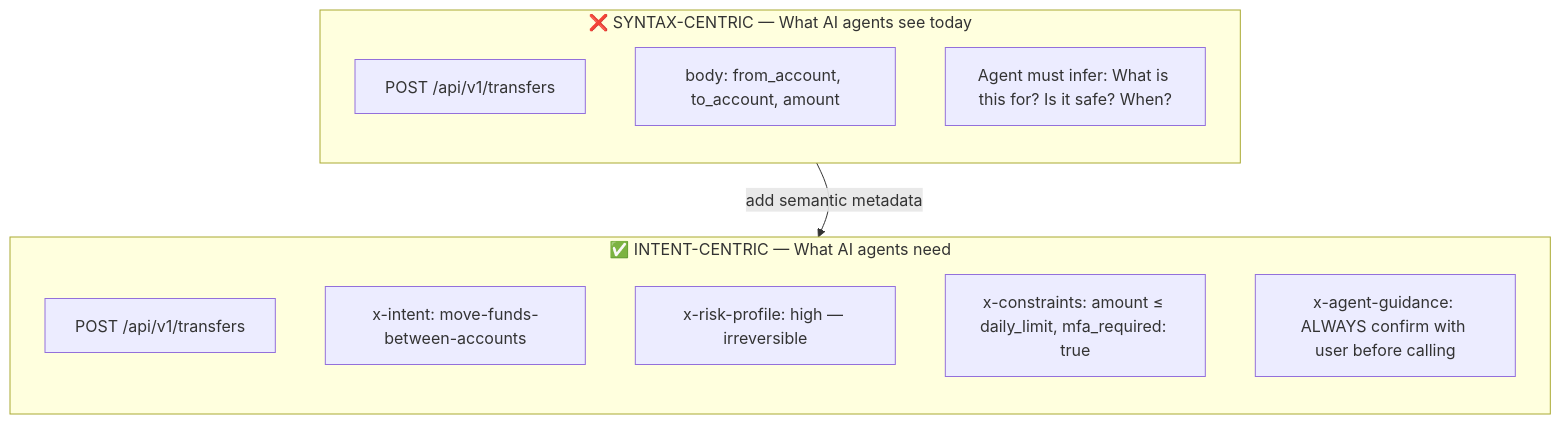
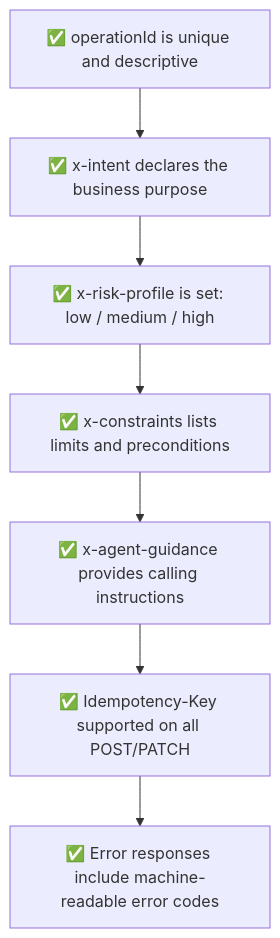
Before and after one commit to romangurevitch/GoTraining: the diagram in internal/fundamentals/the-agentic-future/01-designing-apis-for-ai-consumption.md, drawn with Mermaid. The commit also changed other lines of this file and 3 other files, not shown here.

````diff
--- a/internal/fundamentals/the-agentic-future/01-designing-apis-for-ai-consumption.md
+++ b/internal/fundamentals/the-agentic-future/01-designing-apis-for-ai-consumption.md
@@ -34,22 +13,12 @@
 ```mermaid
 graph TD
-    subgraph Syntax["❌ SYNTAX-CENTRIC — What AI agents see today"]
-        direction TB
-        SA["POST /api/v1/transfers"]
-        SB["body: from_account, to_account, amount"]
-        SC["Agent must infer: What is this for? Is it safe? When?"]
-    end
+    C1["✅ operationId is unique and descriptive"]
+    C2["✅ x-intent declares the business purpose"]
+    C3["✅ x-risk-profile is set: low / medium / high"]
+    C4["✅ x-constraints lists limits and preconditions"]
+    C5["✅ x-agent-guidance provides calling instructions"]
+    C6["✅ Idempotency-Key supported on all POST/PATCH"]
+    C7["✅ Error responses include machine-readable error codes"]
 
-    Syntax ~~~ Intent
-
-    subgraph Intent["✅ INTENT-CENTRIC — What AI agents need"]
-        direction TB
-        IA["POST /api/v1/transfers"]
-        IB["x-intent: move-funds-between-accounts"]
-        IC["x-risk-profile: high — irreversible"]
-        ID["x-constraints: amount ≤ daily_limit, mfa_required: true"]
-        IE["x-agent-guidance: ALWAYS confirm with user before calling"]
-    end
-
-    Syntax -->|"add semantic metadata"| Intent
+    C1 --> C2 --> C3 --> C4 --> C5 --> C6 --> C7
 ```
````
